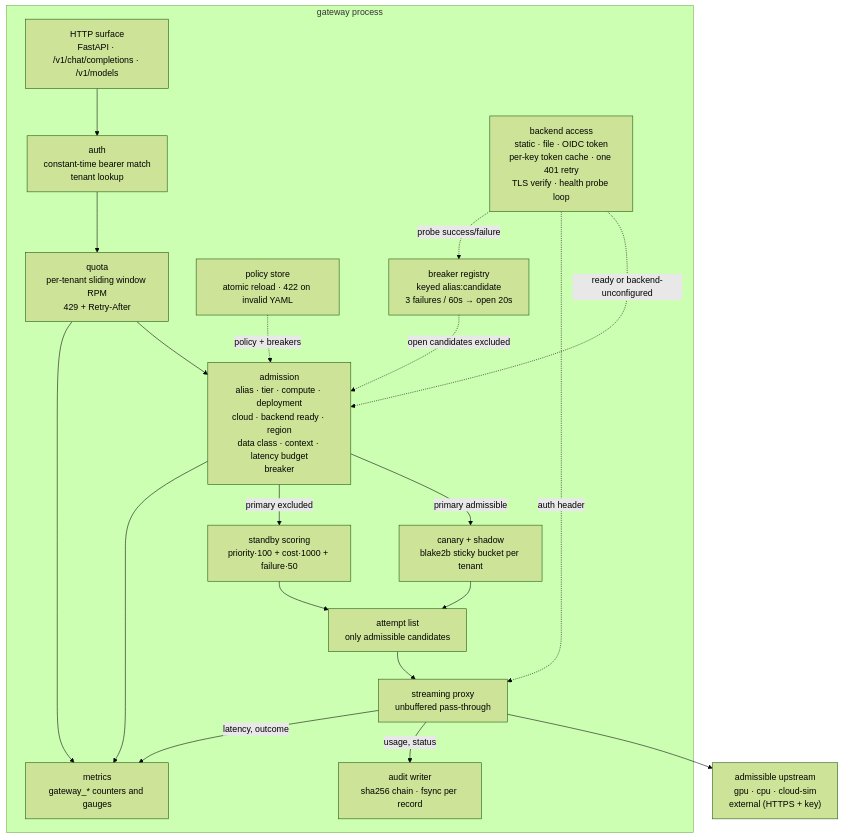
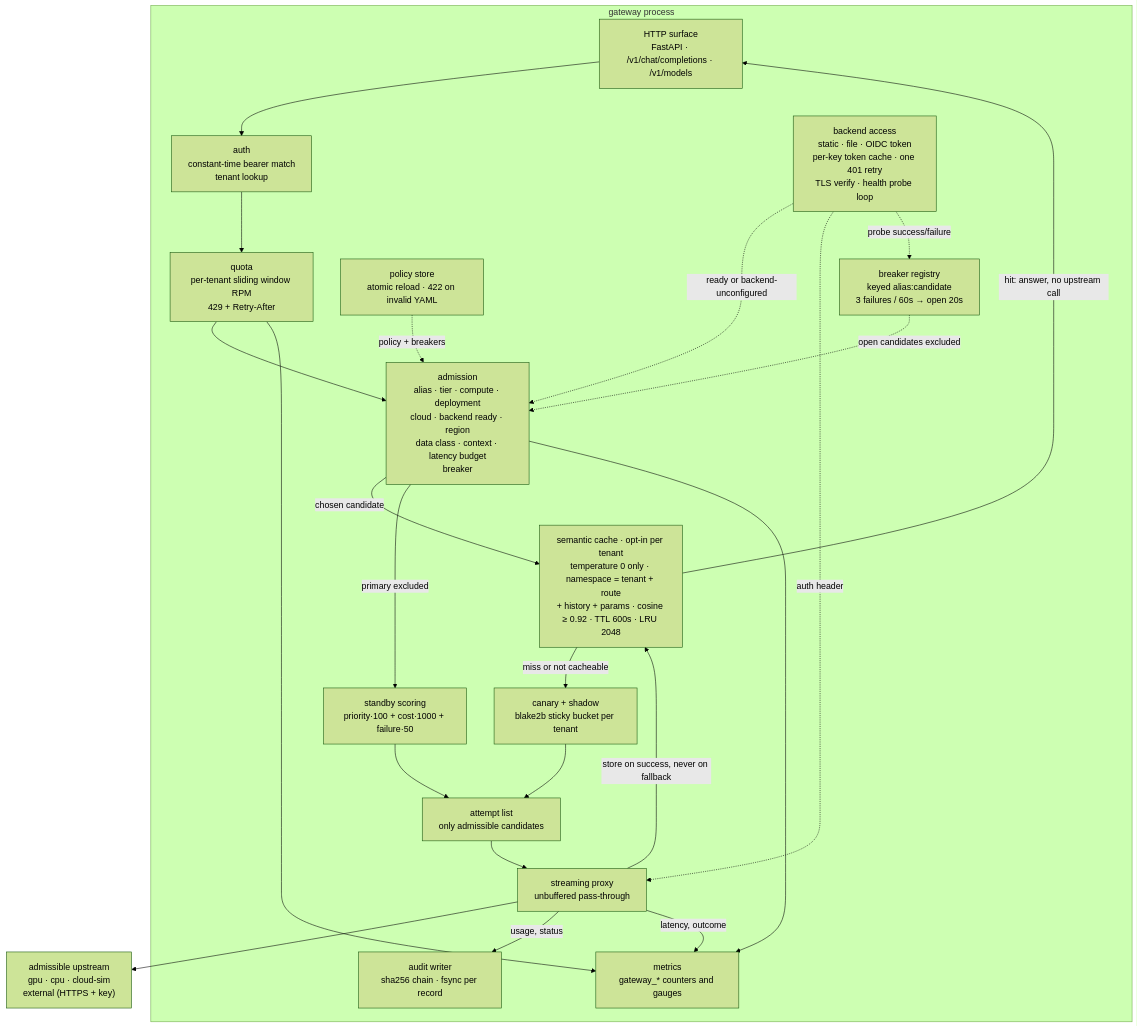
One commit to mahi80/SLM-FIne-Tuned-Inference changed the third of 9 diagrams in docs/architecture/c4.md. Above: the diagram before and after it, drawn with Mermaid (forest theme). The commit also changed other lines of this file and 1 other file, not shown here.

First line of the commit message:
Architecture: add GPU engine, semantic-cache and measurement views (#3)

````diff
--- a/docs/architecture/c4.md
+++ b/docs/architecture/c4.md
@@ -122,36 +128,40 @@
 ```mermaid
 flowchart TB
   subgraph GW["gateway process"]
     HTTP["HTTP surface<br/>FastAPI · /v1/chat/completions · /v1/models"]
     AUTH["auth<br/>constant-time bearer match<br/>tenant lookup"]
     QUOTA["quota<br/>per-tenant sliding window RPM<br/>429 + Retry-After"]
     POL["policy store<br/>atomic reload · 422 on invalid YAML"]
     ADM["admission<br/>alias · tier · compute · deployment<br/>cloud · backend ready · region<br/>data class · context · latency budget<br/>breaker"]
+    SC["semantic cache · opt-in per tenant<br/>temperature 0 only · namespace = tenant + route<br/>+ history + params · cosine ≥ 0.92 · TTL 600s · LRU 2048"]
     CAN["canary + shadow<br/>blake2b sticky bucket per tenant"]
     SCORE["standby scoring<br/>priority·100 + cost·1000 + failure·50"]
     BRK["breaker registry<br/>keyed alias:candidate<br/>3 failures / 60s → open 20s"]
     ATT["attempt list<br/>only admissible candidates"]
     PROXY["streaming proxy<br/>unbuffered pass-through"]
     KEYS["backend access<br/>static · file · OIDC token<br/>per-key token cache · one 401 retry<br/>TLS verify · health probe loop"]
     AUD["audit writer<br/>sha256 chain · fsync per record"]
     MET["metrics<br/>gateway_* counters and gauges"]
   end
 
   UP["admissible upstream<br/>gpu · cpu · cloud-sim<br/>external (HTTPS + key)"]
 
   HTTP --> AUTH --> QUOTA --> ADM
   POL -.->|"policy + breakers"| ADM
   BRK -.->|"open candidates excluded"| ADM
   KEYS -.->|"ready or backend-unconfigured"| ADM
   KEYS -.->|"auth header"| PROXY
   KEYS -.->|"probe success/failure"| BRK
-  ADM -->|"primary admissible"| CAN
+  ADM -->|"chosen candidate"| SC
+  SC -->|"hit: answer, no upstream call"| HTTP
+  SC -->|"miss or not cacheable"| CAN
+  PROXY -->|"store on success, never on fallback"| SC
   ADM -->|"primary excluded"| SCORE
   CAN --> ATT
   SCORE --> ATT
   ATT --> PROXY --> UP
   PROXY -->|"usage, status"| AUD
   PROXY -->|"latency, outcome"| MET
   QUOTA --> MET
   ADM --> MET
 ```
````
